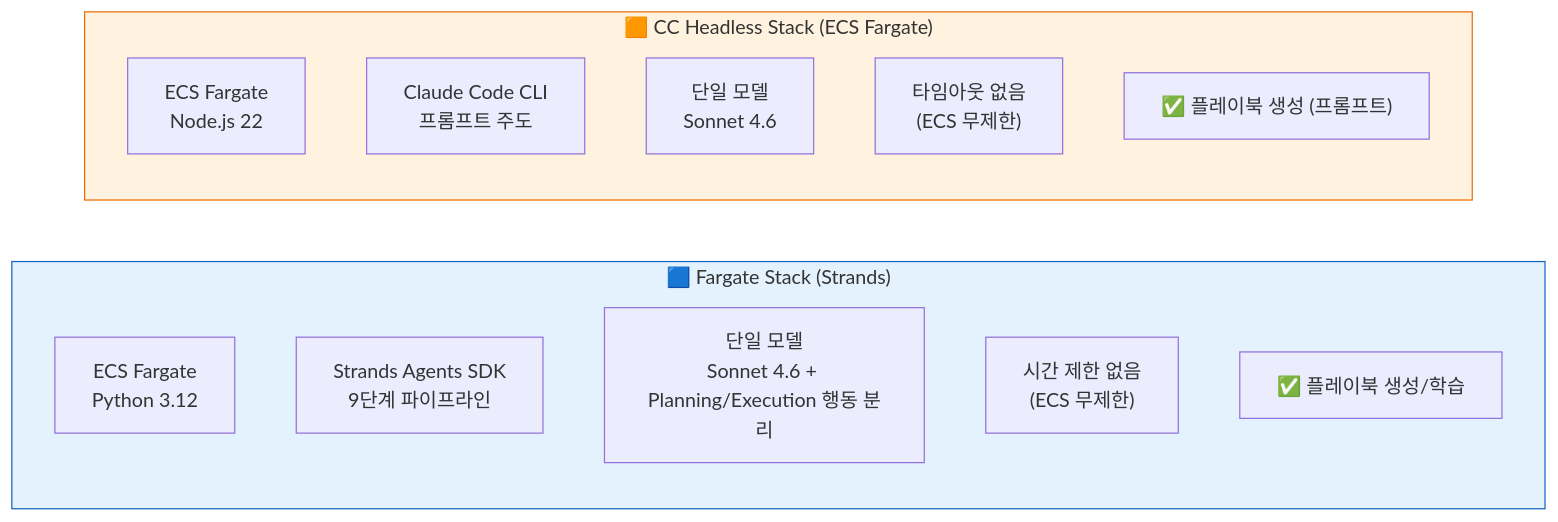
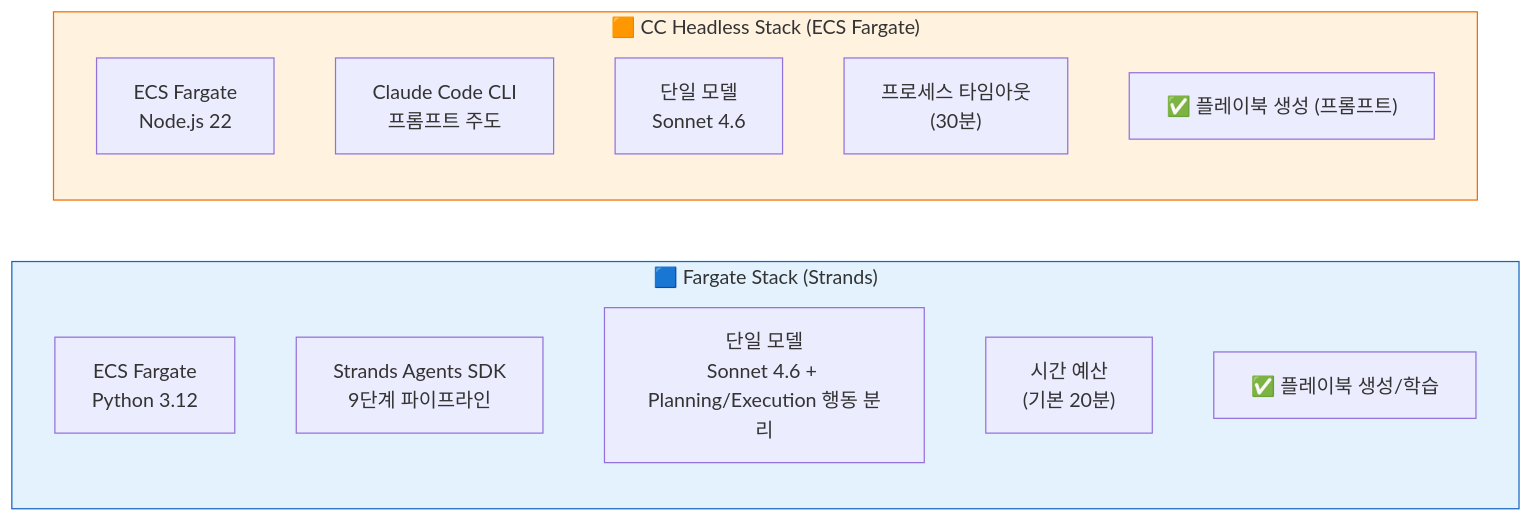
One commit to haandol/rca-agent changed the fifth of 22 diagrams in docs/system-guide-for-ops.md. Above: the diagram before and after it, drawn with Mermaid. The commit also changed other lines of this file and 98 other files, not shown here.

````diff
--- a/docs/system-guide-for-ops.md
+++ b/docs/system-guide-for-ops.md
@@ -253,23 +253,23 @@
 ```mermaid
 graph LR
     subgraph Fargate["🟦 Fargate Stack (Strands)"]
         direction TB
         F_ENV["ECS Fargate<br/>Python 3.12"]
         F_SDK["Strands Agents SDK<br/>9단계 파이프라인"]
         F_MODEL["단일 모델<br/>Sonnet 4.6 + Planning/Execution 행동 분리"]
-        F_TIME["시간 제한 없음<br/>(ECS 무제한)"]
+        F_TIME["시간 예산<br/>(기본 20분)"]
         F_PLAY["✅ 플레이북 생성/학습"]
     end
 
     subgraph CcStack["🟧 CC Headless Stack (ECS Fargate)"]
         direction TB
         L_ENV["ECS Fargate<br/>Node.js 22"]
         L_SDK["Claude Code CLI<br/>프롬프트 주도"]
         L_MODEL["단일 모델<br/>Sonnet 4.6"]
-        L_TIME["타임아웃 없음<br/>(ECS 무제한)"]
+        L_TIME["프로세스 타임아웃<br/>(30분)"]
         L_PLAY["✅ 플레이북 생성 (프롬프트)"]
     end
 
     style Fargate fill:#e3f2fd,stroke:#1565c0
     style CcStack fill:#fff3e0,stroke:#ef6c00
 ```
````
